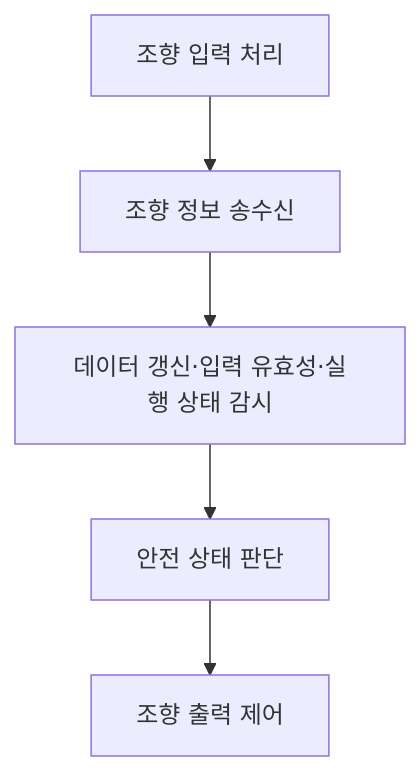
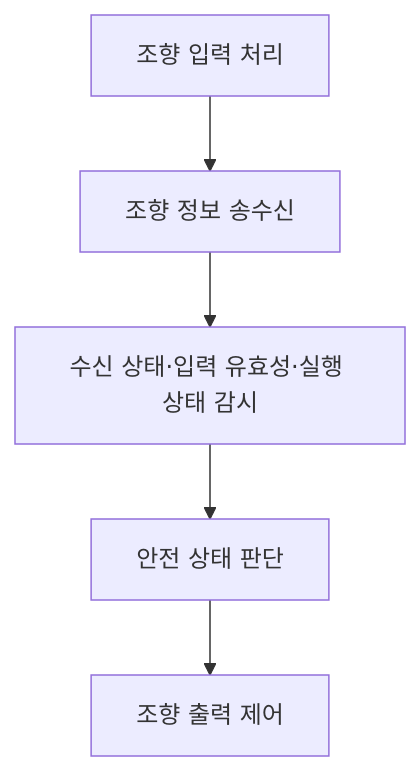
Before and after one commit to kwangil1245-code/iso26262-sbw-failsafe: the first of 3 diagrams in iso26262-sbw-failsafe/workproducts/03_SW_Requirements.md, drawn with Mermaid. The commit also changed other lines of this file, not shown here.

````diff
--- a/iso26262-sbw-failsafe/workproducts/03_SW_Requirements.md
+++ b/iso26262-sbw-failsafe/workproducts/03_SW_Requirements.md
@@ -38,7 +38,7 @@
 ```mermaid
 flowchart TD
     A["조향 입력 처리"] --> B["조향 정보 송수신"]
-    B --> C["데이터 갱신·입력 유효성·실행 상태 감시"]
+    B --> C["수신 상태·입력 유효성·실행 상태 감시"]
     C --> D["안전 상태 판단"]
     D --> E["조향 출력 제어"]
 ```
````
